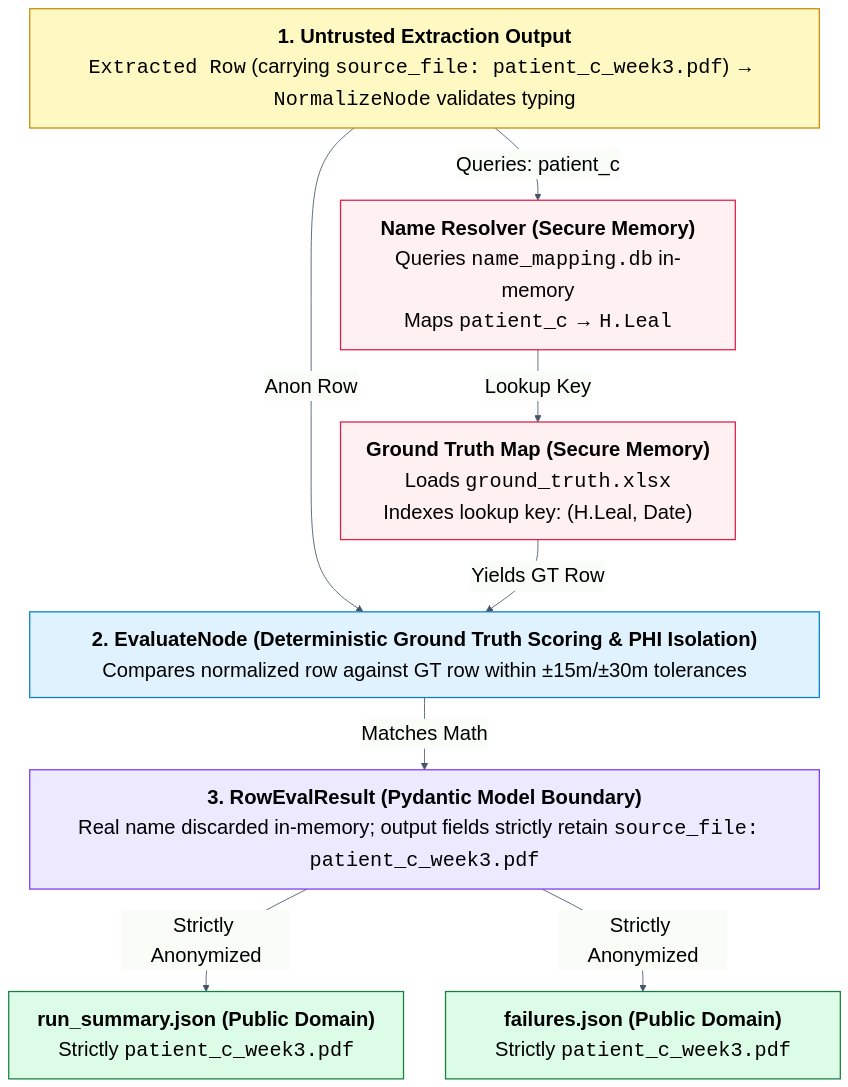
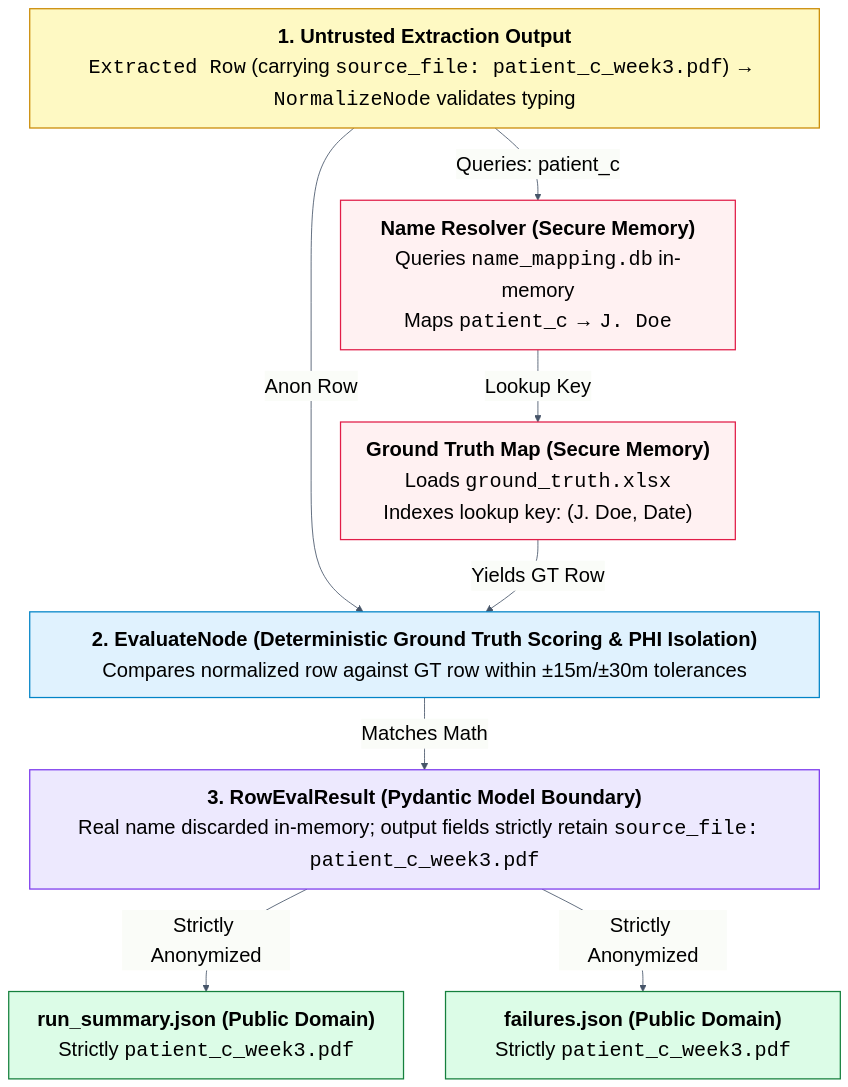
Before and after one commit to the-write-path-code/ch14-homecare-visit-triage-agent: the second of 2 diagrams in ARCHITECTURE.md, drawn with Mermaid.

Commit message:
artwork: update Figure 14.5 node 2 and node 3 patient identifier to J. Doe

````diff
--- a/ARCHITECTURE.md
+++ b/ARCHITECTURE.md
@@ -87,36 +87,36 @@
 ```mermaid
 %%{init: {"theme": "base", "themeVariables": {"fontFamily": "Arial, Helvetica, sans-serif", "fontSize": "24px", "primaryColor": "#F8FAFC", "primaryBorderColor": "#0284C7", "primaryTextColor": "#000000", "lineColor": "#475569"}}}%%
 flowchart TD
     Ingress["<div style='min-width: 880px;'><b>1. Untrusted Extraction Output</b><br/><code>Extracted Row</code> (carrying <code>source_file: patient_c_week3.pdf</code>) &rarr; <code>NormalizeNode</code> validates typing</div>"]
 
-    Resolver["<div style='min-width: 410px;'><b>Name Resolver (Secure Memory)</b><br/>Queries <code>name_mapping.db</code> in-memory<br/>Maps <code>patient_c</code> &rarr; <code>H.Leal</code></div>"]
-    GTMap["<div style='min-width: 410px;'><b>Ground Truth Map (Secure Memory)</b><br/>Loads <code>ground_truth.xlsx</code><br/>Indexes lookup key: (H.Leal, Date)</div>"]
+    Resolver["<div style='min-width: 410px;'><b>Name Resolver (Secure Memory)</b><br/>Queries <code>name_mapping.db</code> in-memory<br/>Maps <code>patient_c</code> &rarr; <code>J. Doe</code></div>"]
+    GTMap["<div style='min-width: 410px;'><b>Ground Truth Map (Secure Memory)</b><br/>Loads <code>ground_truth.xlsx</code><br/>Indexes lookup key: (J. Doe, Date)</div>"]
 
     Ingress -->|"Queries: patient_c"| Resolver
     Resolver -->|"Lookup Key"| GTMap
 
     Eval["<div style='min-width: 880px;'><b>2. EvaluateNode (Deterministic Ground Truth Scoring &amp; PHI Isolation)</b><br/>Compares normalized row against GT row within &plusmn;15m/&plusmn;30m tolerances</div>"]
     Ingress -->|"Anon Row"| Eval
     GTMap -->|"Yields GT Row"| Eval
 
     Result["<div style='min-width: 880px;'><b>3. RowEvalResult (Pydantic Model Boundary)</b><br/>Real name discarded in-memory; output fields strictly retain <code>source_file: patient_c_week3.pdf</code></div>"]
     Eval -->|"Matches Math"| Result
 
     Summary["<div style='min-width: 410px;'><b>run_summary.json (Public Domain)</b><br/>Strictly <code>patient_c_week3.pdf</code></div>"]
     Failures["<div style='min-width: 410px;'><b>failures.json (Public Domain)</b><br/>Strictly <code>patient_c_week3.pdf</code></div>"]
 
     Result -->|"Strictly Anonymized"| Summary
     Result -->|"Strictly Anonymized"| Failures
 
     classDef untrusted fill:#FEF9C3,stroke:#CA8A04,color:#000000,stroke-width:1.5px
     classDef secure fill:#FFF1F2,stroke:#E11D48,color:#000000,stroke-width:1.5px
     classDef eval fill:#E0F2FE,stroke:#0284C7,color:#000000,stroke-width:1.5px
     classDef result fill:#EDE9FE,stroke:#7C3AED,color:#000000,stroke-width:1.5px
     classDef public fill:#DCFCE7,stroke:#15803D,color:#000000,stroke-width:1.5px
 
     class Ingress untrusted
     class Resolver,GTMap secure
     class Eval eval
     class Result result
     class Summary,Failures public
 ```
````
